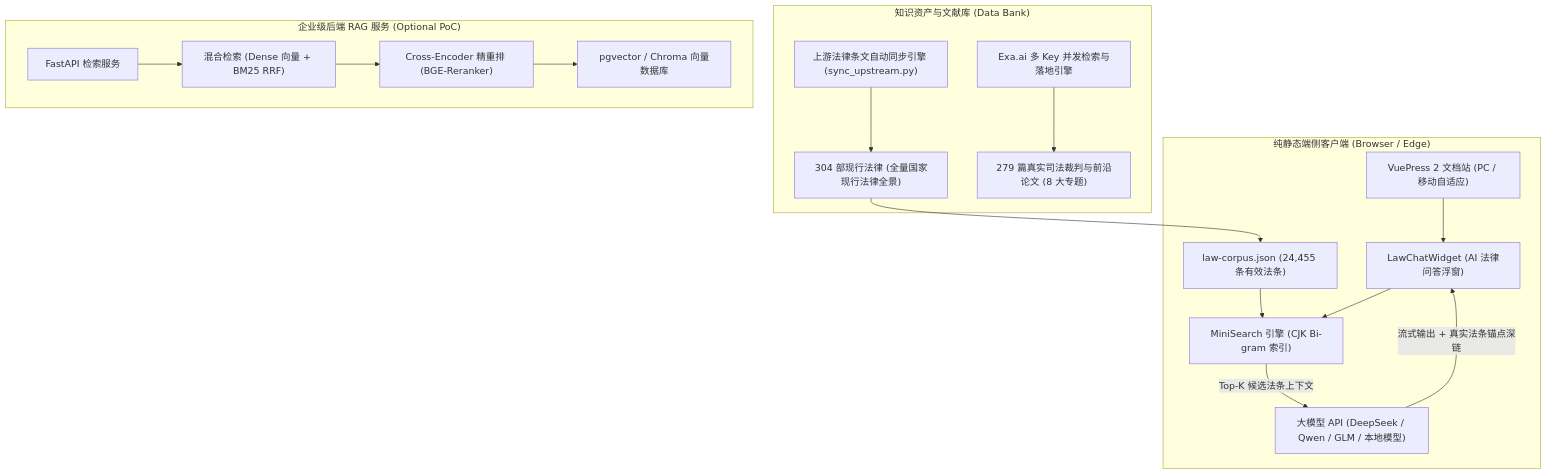
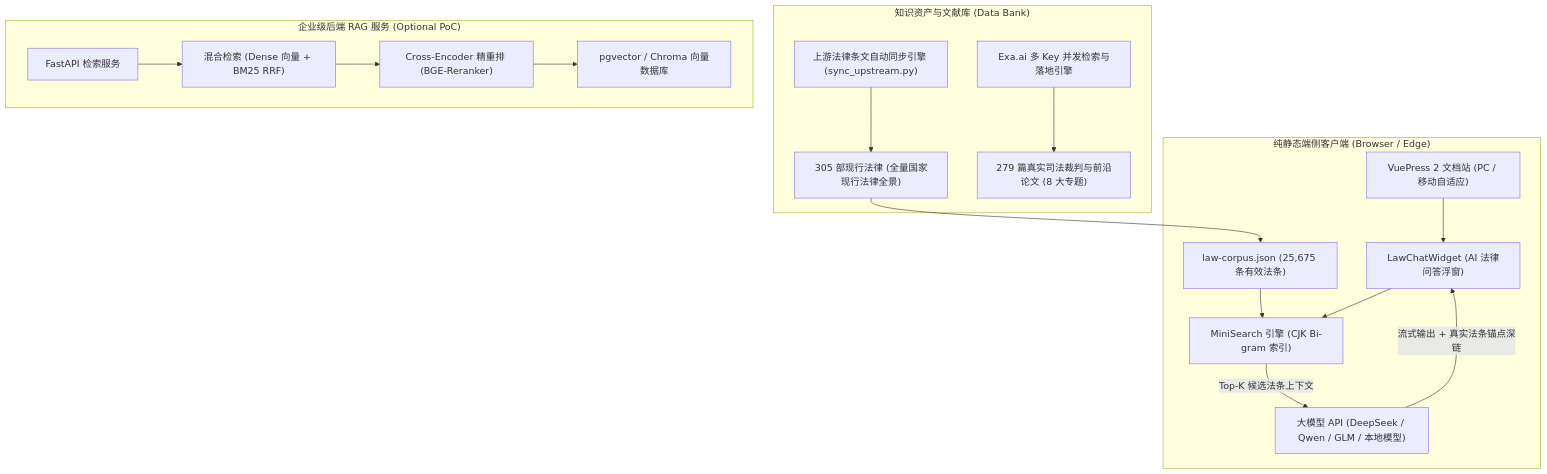
The diagram in README.md (qcmuu/just-laws), drawn with Mermaid before and after one commit. The commit also changed other lines of this file and 13 other files, not shown here.

````diff
--- a/README.md
+++ b/README.md
@@ -38,36 +38,36 @@
 ```mermaid
 flowchart TD
     subgraph Client["纯静态端侧客户端 (Browser / Edge)"]
         UI["VuePress 2 文档站 (PC / 移动自适应)"]
         Widget["LawChatWidget (AI 法律问答浮窗)"]
         MiniSearch["MiniSearch 引擎 (CJK Bi-gram 索引)"]
-        Corpus["law-corpus.json (24,455 条有效法条)"]
+        Corpus["law-corpus.json (25,675 条有效法条)"]
         LLM["大模型 API (DeepSeek / Qwen / GLM / 本地模型)"]
         
         UI --> Widget
         Corpus --> MiniSearch
         Widget --> MiniSearch
         MiniSearch -- "Top-K 候选法条上下文" --> LLM
         LLM -- "流式输出 + 真实法条锚点深链" --> Widget
     end
 
     subgraph Knowledge["知识资产与文献库 (Data Bank)"]
-        Laws["304 部现行法律 (全量国家现行法律全景)"]
+        Laws["305 部现行法律 (全量国家现行法律全景)"]
         Cases["279 篇真实司法裁判与前沿论文 (8 大专题)"]
         ExaEngine["Exa.ai 多 Key 并发检索与落地引擎"]
         UpstreamSync["上游法律条文自动同步引擎 (sync_upstream.py)"]
         
         ExaEngine --> Cases
         UpstreamSync --> Laws
         Laws --> Corpus
     end
 
     subgraph BackendPoC["企业级后端 RAG 服务 (Optional PoC)"]
         FastAPI["FastAPI 检索服务"]
         Hybrid["混合检索 (Dense 向量 + BM25 RRF)"]
         Reranker["Cross-Encoder 精重排 (BGE-Reranker)"]
         VectorDB["pgvector / Chroma 向量数据库"]
         
         FastAPI --> Hybrid --> Reranker --> VectorDB
     end
 ```
````
